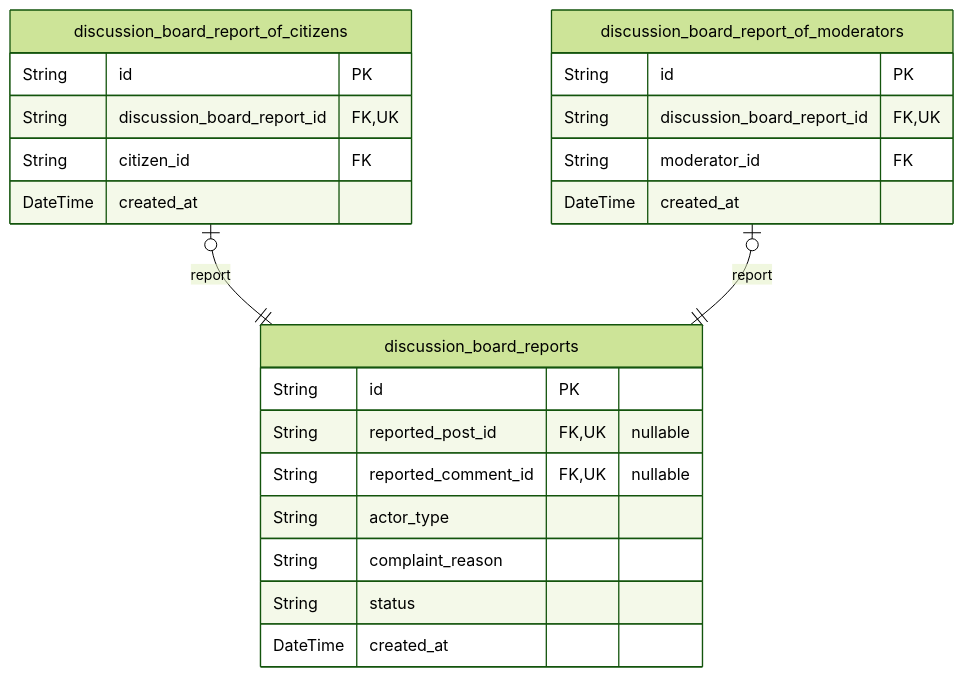
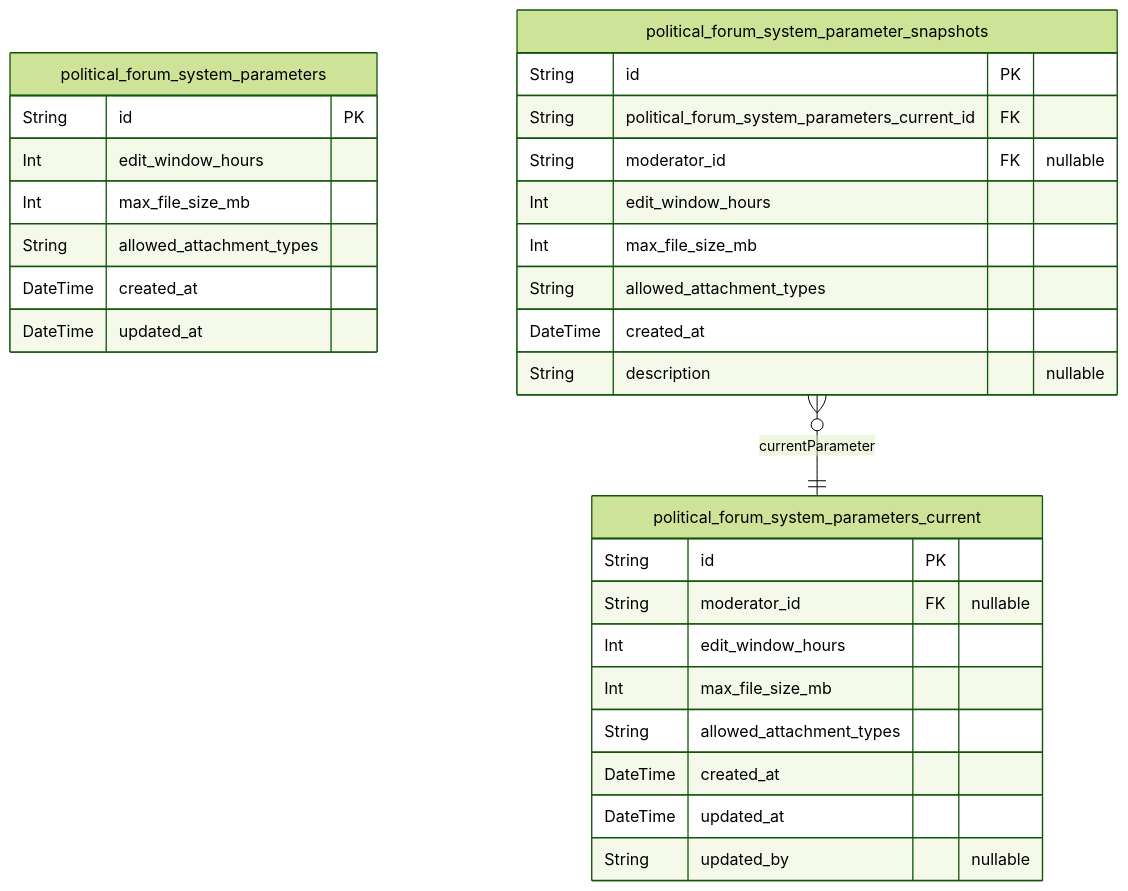
Before and after one commit to wrtnlabs/autobe-examples: the seventh of 10 diagrams in qwen/qwen3-next-80b-a3b-instruct/bbs/docs/ERD.md, drawn with Mermaid (forest theme). The commit also changed other lines of this file and 960 other files, not shown here.

````diff
--- a/qwen/qwen3-next-80b-a3b-instruct/bbs/docs/ERD.md
+++ b/qwen/qwen3-next-80b-a3b-instruct/bbs/docs/ERD.md
@@ -379,26 +596,32 @@
 ```mermaid
 erDiagram
-"discussion_board_reports" {
+"political_forum_system_parameters" {
   String id PK
-  String reported_post_id FK,UK "nullable"
-  String reported_comment_id FK,UK "nullable"
-  String actor_type
-  String complaint_reason
-  String status
+  Int edit_window_hours
+  Int max_file_size_mb
+  String allowed_attachment_types
   DateTime created_at
+  DateTime updated_at
 }
-"discussion_board_report_of_citizens" {
+"political_forum_system_parameters_current" {
   String id PK
-  String discussion_board_report_id FK,UK
-  String citizen_id FK
+  String moderator_id FK "nullable"
+  Int edit_window_hours
+  Int max_file_size_mb
+  String allowed_attachment_types
   DateTime created_at
+  DateTime updated_at
+  String updated_by "nullable"
 }
-"discussion_board_report_of_moderators" {
+"political_forum_system_parameter_snapshots" {
   String id PK
-  String discussion_board_report_id FK,UK
-  String moderator_id FK
+  String political_forum_system_parameters_current_id FK
+  String moderator_id FK "nullable"
+  Int edit_window_hours
+  Int max_file_size_mb
+  String allowed_attachment_types
   DateTime created_at
+  String description "nullable"
 }
-"discussion_board_report_of_citizens" |o--|| "discussion_board_reports" : report
-"discussion_board_report_of_moderators" |o--|| "discussion_board_reports" : report
+"political_forum_system_parameter_snapshots" }o--|| "political_forum_system_parameters_current" : currentParameter
 ```
````
